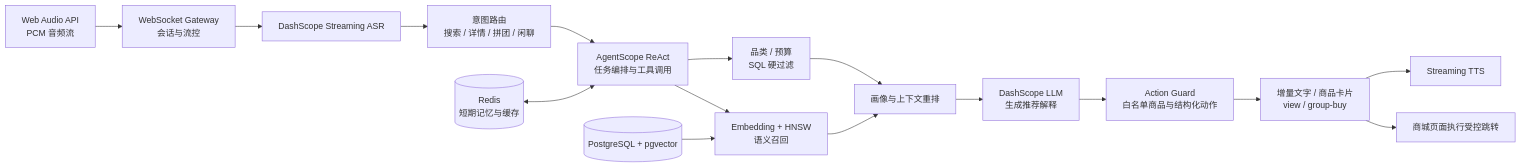
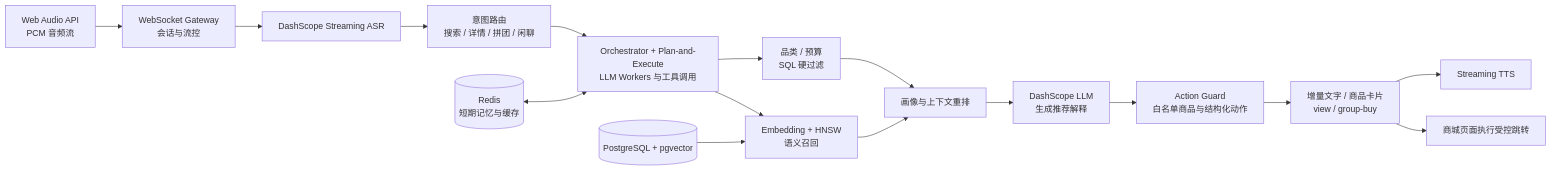
Before and after one commit to zhong231/aipintuan-ai-mall: the first of 3 diagrams in README.md, drawn with Mermaid. The commit also changed other lines of this file, not shown here.

````diff
--- a/README.md
+++ b/README.md
@@ -47,21 +47,21 @@
 ```mermaid
 flowchart LR
     MIC[Web Audio API<br/>PCM 音频流] --> WS[WebSocket Gateway<br/>会话与流控]
     WS --> ASR[DashScope Streaming ASR]
     ASR --> ROUTER[意图路由<br/>搜索 / 详情 / 拼团 / 闲聊]
 
-    ROUTER --> ORCH[AgentScope ReAct<br/>任务编排与工具调用]
+    ROUTER --> ORCH[Orchestrator + Plan-and-Execute<br/>LLM Workers 与工具调用]
     ORCH --> FILTER[品类 / 预算<br/>SQL 硬过滤]
     ORCH --> VECTOR[Embedding + HNSW<br/>语义召回]
     FILTER --> RANK[画像与上下文重排]
     VECTOR --> RANK
 
     RANK --> LLM[DashScope LLM<br/>生成推荐解释]
     LLM --> ACTION[Action Guard<br/>白名单商品与结构化动作]
     ACTION --> EVENT[增量文字 / 商品卡片<br/>view / group-buy]
     EVENT --> TTS[Streaming TTS]
     EVENT --> WEB[商城页面执行受控跳转]
 
     PG[(PostgreSQL + pgvector)] --> VECTOR
     REDIS[(Redis<br/>短期记忆与缓存)] <--> ORCH
 ```
````
